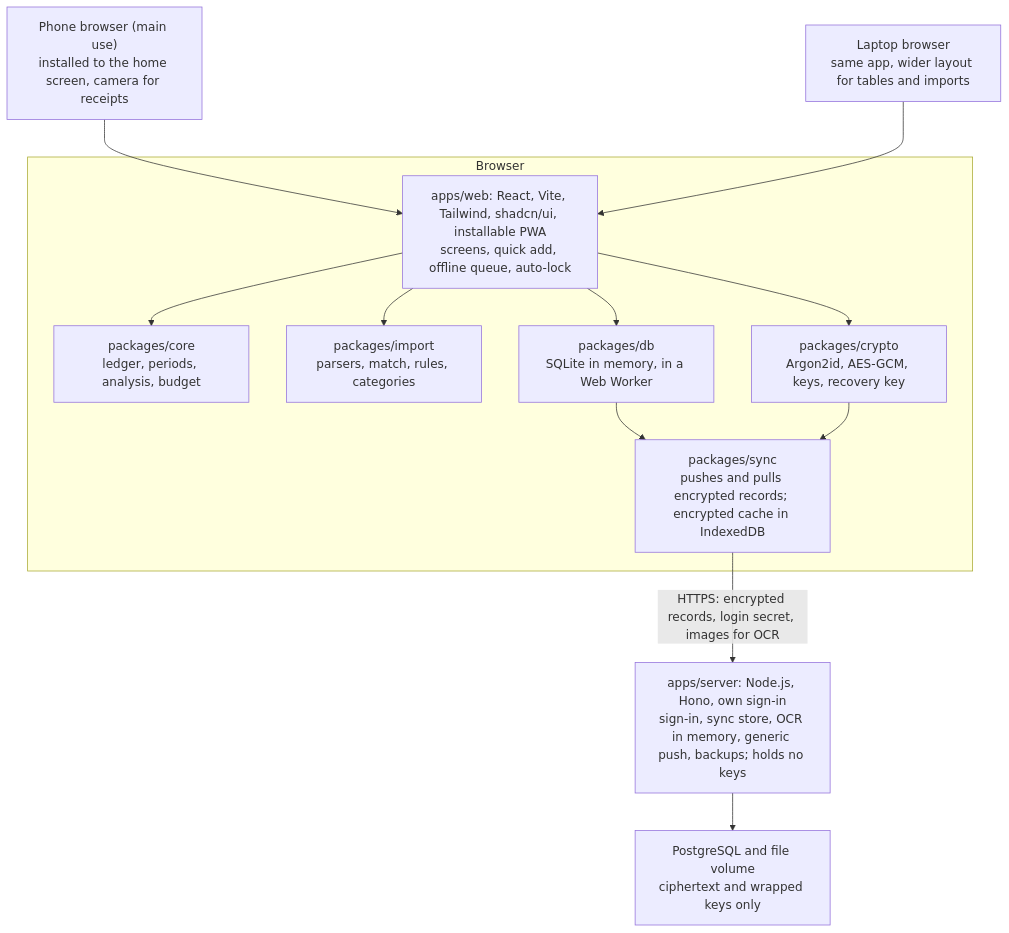
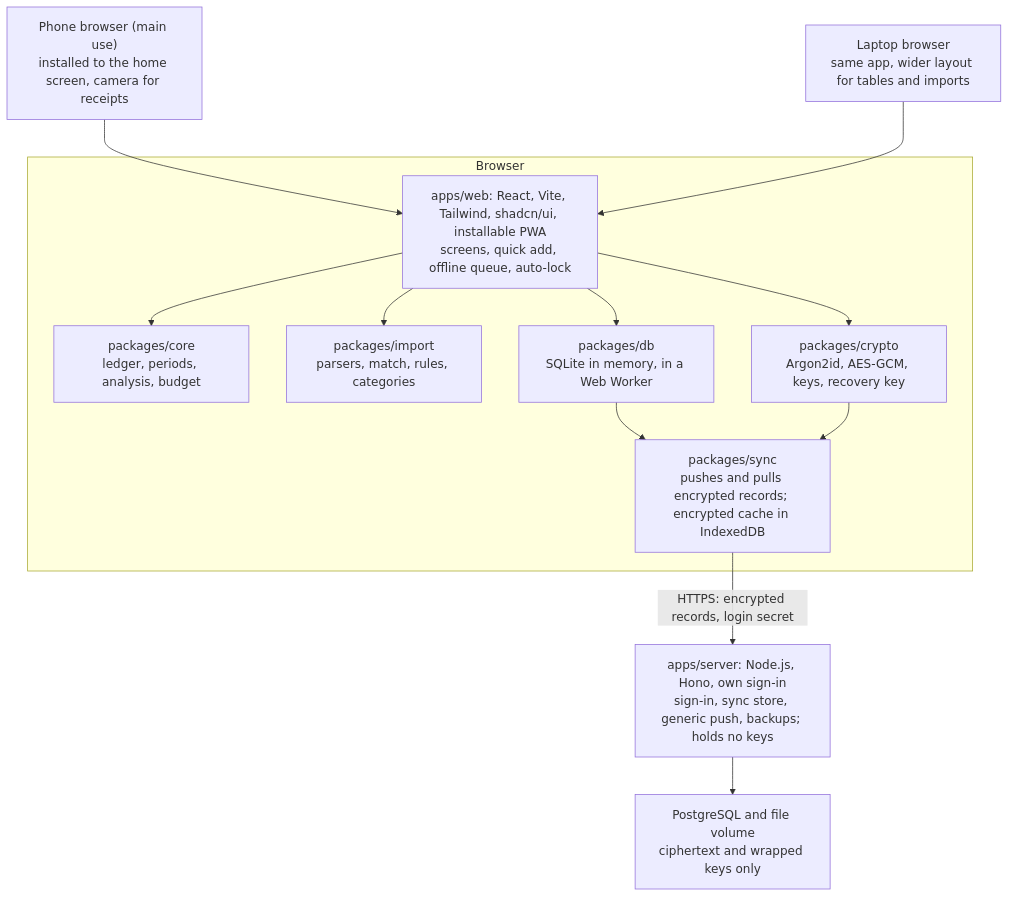
One commit to MAlejandroVC/mirador changed the diagram in docs/technology-stack.md. Above: the diagram before and after it, drawn with Mermaid. The commit also changed other lines of this file and 66 other files, not shown here.

````diff
--- a/docs/technology-stack.md
+++ b/docs/technology-stack.md
@@ -74,22 +74,22 @@
 ```mermaid
 flowchart TB
   phone["Phone browser (main use)<br/>installed to the home screen, camera for receipts"]
   laptop["Laptop browser<br/>same app, wider layout for tables and imports"]
   subgraph browser["Browser"]
     web["apps/web: React, Vite, Tailwind, shadcn/ui, installable PWA<br/>screens, quick add, offline queue, auto-lock"]
     core["packages/core<br/>ledger, periods, analysis, budget"]
     import["packages/import<br/>parsers, match, rules, categories"]
     db["packages/db<br/>SQLite in memory, in a Web Worker"]
     crypto["packages/crypto<br/>Argon2id, AES-GCM, keys, recovery key"]
     sync["packages/sync<br/>pushes and pulls encrypted records; encrypted cache in IndexedDB"]
   end
-  server["apps/server: Node.js, Hono, own sign-in<br/>sign-in, sync store, OCR in memory, generic push, backups; holds no keys"]
+  server["apps/server: Node.js, Hono, own sign-in<br/>sign-in, sync store, generic push, backups; holds no keys"]
   storage["PostgreSQL and file volume<br/>ciphertext and wrapped keys only"]
   phone --> web
   laptop --> web
   web --> core & import & db & crypto
   db --> sync
   crypto --> sync
-  sync -- "HTTPS: encrypted records, login secret, images for OCR" --> server
+  sync -- "HTTPS: encrypted records, login secret" --> server
   server --> storage
 ```
````
